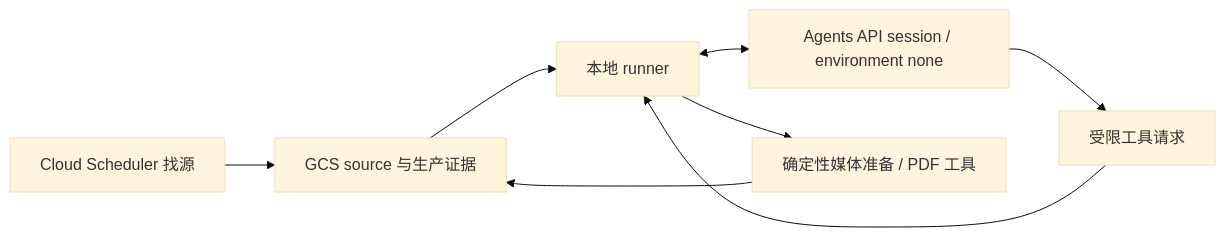
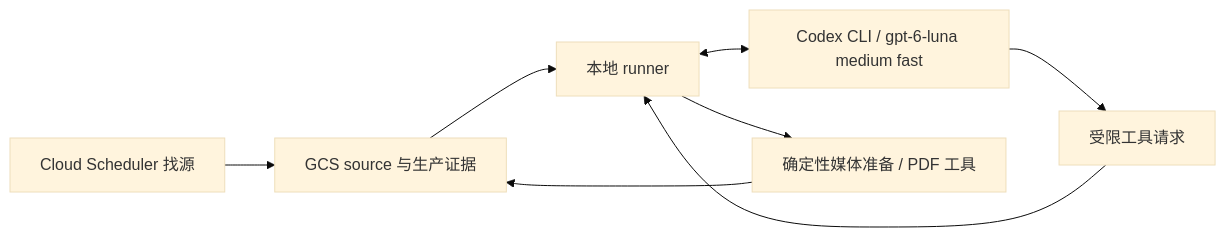
The diagram in docs/sermon-production-supervisor-agent.zh.md (JonathanJing/sermon-video-zh-subtitles), drawn with Mermaid (base theme) before and after one commit. The commit also changed other lines of this file and 109 other files, not shown here.

First line of the commit message:
Promote dev to main after architecture documentation sync (#1327)

````diff
--- a/docs/sermon-production-supervisor-agent.zh.md
+++ b/docs/sermon-production-supervisor-agent.zh.md
@@ -24,10 +24,10 @@
 ```mermaid
 flowchart LR
     D[Cloud Scheduler 找源] --> G[GCS source 与生产证据]
-    L[本地 runner] <--> A[Agents API session / environment none]
+    L[本地 runner] <--> A[Codex CLI / gpt-6-luna medium fast]
     A --> T[受限工具请求]
     T --> L
     L --> P[确定性媒体准备 / PDF 工具]
     P --> G
     G --> L
 ```
````
